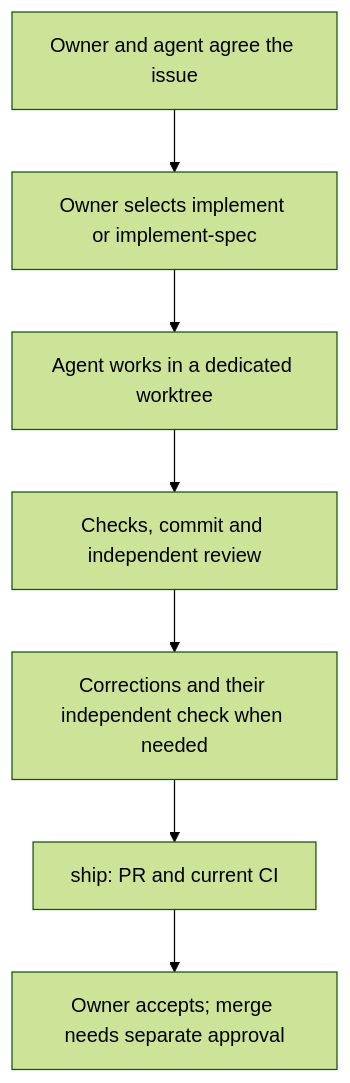
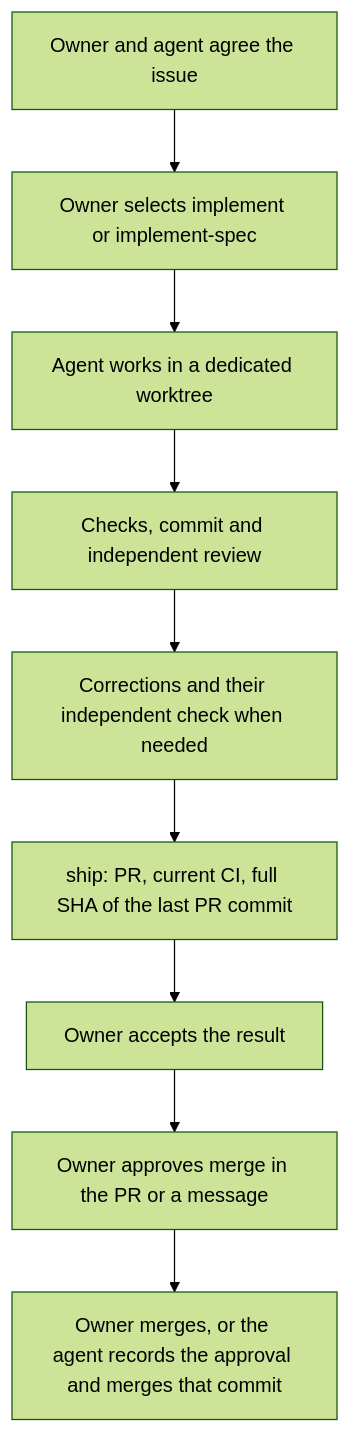
Before and after one commit to KirillSachkov/agent-harness: the diagram in docs/process.en.md, drawn with Mermaid (forest theme). The commit also changed other lines of this file and 6 other files, not shown here.

First line of the commit message:
Вернуть исходный текст Matt в to-spec и обновить схему процесса (#10)

````diff
--- a/docs/process.en.md
+++ b/docs/process.en.md
@@ -9,9 +9,11 @@
 ```mermaid
 flowchart TD
     A["Owner and agent agree the issue"] --> B["Owner selects implement or implement-spec"]
     B --> C["Agent works in a dedicated worktree"]
     C --> D["Checks, commit and independent review"]
     D --> E["Corrections and their independent check when needed"]
-    E --> F["ship: PR and current CI"]
-    F --> G["Owner accepts; merge needs separate approval"]
+    E --> F["ship: PR, current CI, full SHA of the last PR commit"]
+    F --> G["Owner accepts the result"]
+    G --> H["Owner approves merge in the PR or a message"]
+    H --> I["Owner merges, or the agent records the approval and merges that commit"]
 ```
````
